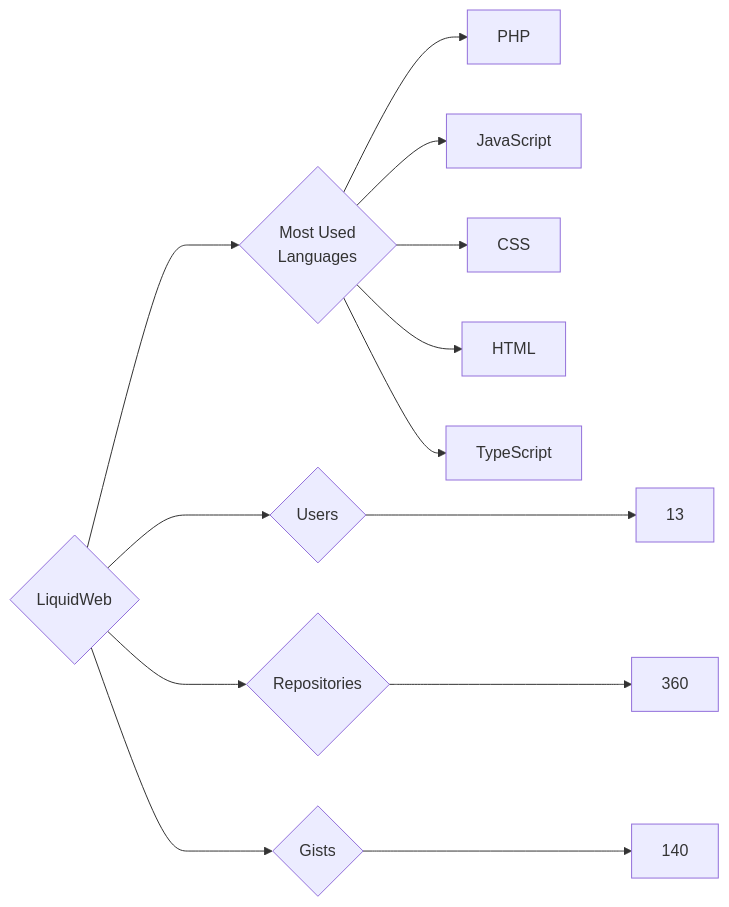
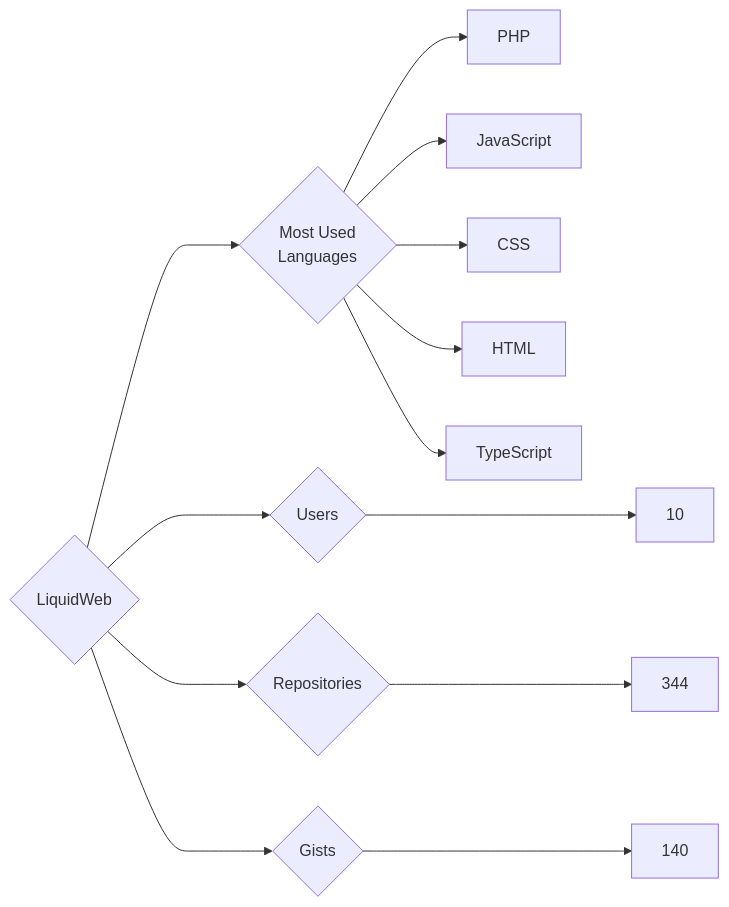
Before and after one commit to trickest/insiders: the diagram in targets/LiquidWeb/README.md, drawn with Mermaid. The commit also changed 965 other files, not shown here.

````diff
--- a/targets/LiquidWeb/README.md
+++ b/targets/LiquidWeb/README.md
@@ -3,13 +3,13 @@
 ```mermaid
 graph LR
 COMPANY_NAME{LiquidWeb}
-COMPANY_NAME ---> U{Users} ---> UN[13]
-COMPANY_NAME ---> R{Repositories} ---> RN[360]
+COMPANY_NAME ---> U{Users} ---> UN[10]
+COMPANY_NAME ---> R{Repositories} ---> RN[344]
 COMPANY_NAME ---> G{Gists} ---> GN[140]
 COMPANY_NAME ---> ML{Most Used<br>Languages}
 ML --> PHP[PHP]
 ML --> JavaScript[JavaScript]
 ML --> CSS[CSS]
 ML --> HTML[HTML]
 ML --> TypeScript[TypeScript]
 ```
````
